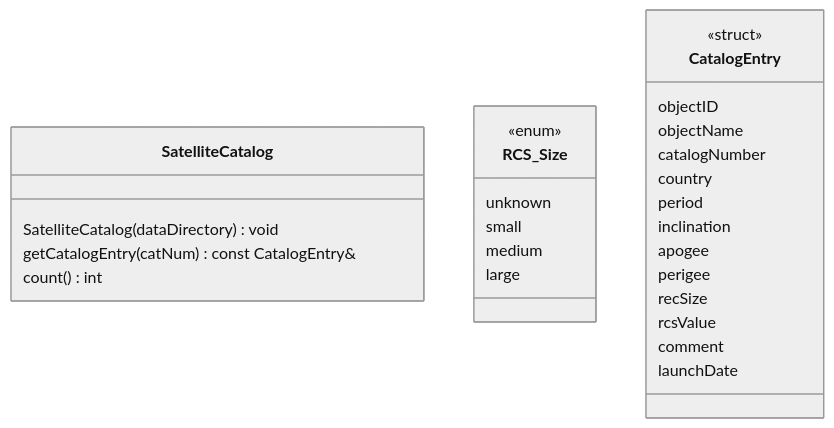
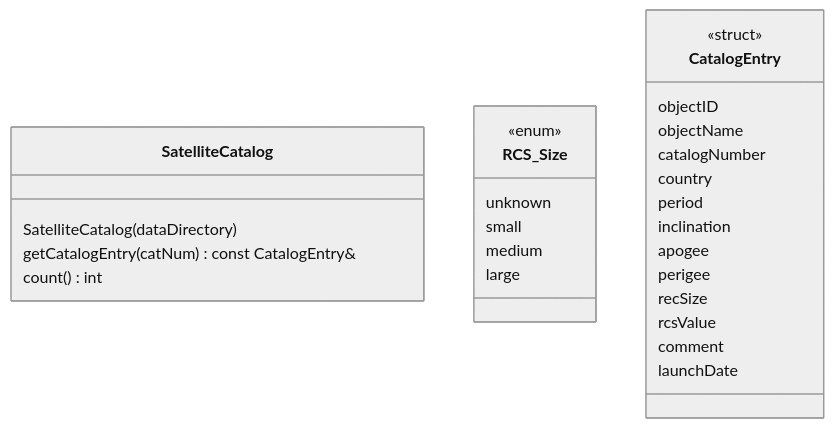
One commit to brosenthal140/satellite-coverage-tracker changed the second of 12 diagrams in README.md. Above: the diagram before and after it, drawn with Mermaid (neutral theme). The commit also changed other lines of this file, not shown here.

Commit message:
docs: adds documentation in README.md for Tle, Eci, and DateTime docs: updates README.md section for SatelliteCoverageTracker, SatelliteCatalog, TLEParser, DataModel, LinearModel, GraphModel, Utility

````diff
--- a/README.md
+++ b/README.md
@@ -22,30 +34,30 @@
 ```mermaid
 classDiagram
 class SatelliteCatalog {
-    SatelliteCatalog(dataDirectory) void
+    SatelliteCatalog(dataDirectory)
     getCatalogEntry(catNum) const CatalogEntry&
     count() int
 }
 class RCS_Size {
     <<enum>>
     unknown
     small
     medium
     large
 }
 class CatalogEntry {
     <<struct>>
     objectID
     objectName
     catalogNumber
     country
     period
     inclination
     apogee
     perigee
     recSize
     rcsValue
     comment
     launchDate
 }
 ```
````
